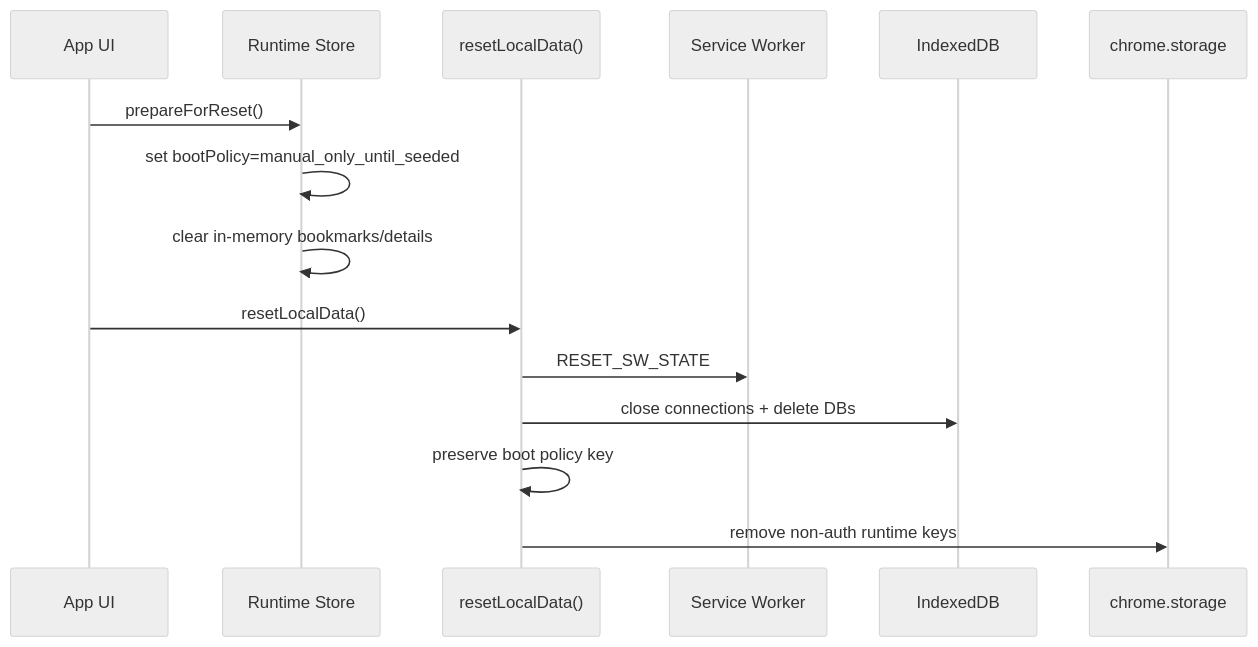
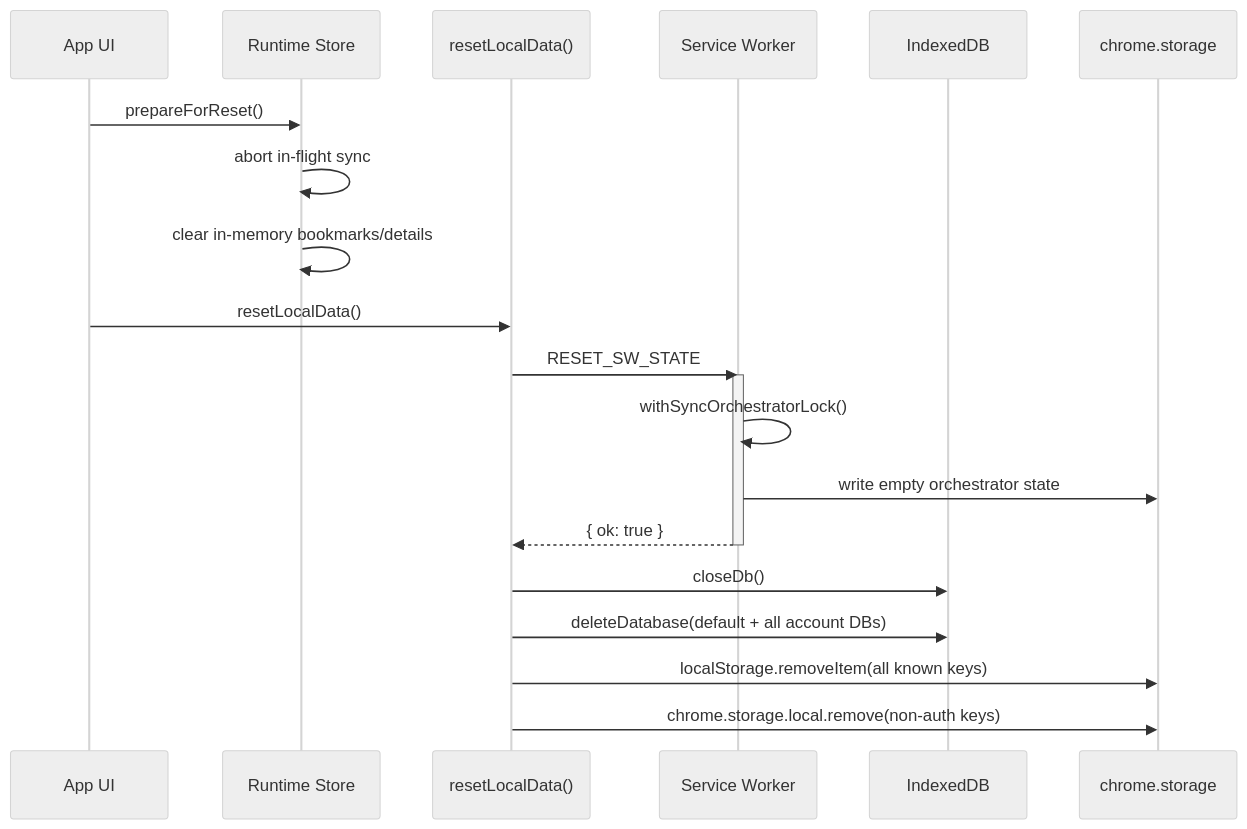
Diagram 15 of 15 in ARCHITECTURE.md (nnnkit/totem), drawn with Mermaid (neutral theme) before and after one commit. The commit also changed other lines of this file and 2 other files, not shown here.

Commit message:
docs: refresh architecture doc for post-refactor state; add visual diagrams

````diff
--- a/ARCHITECTURE.md
+++ b/ARCHITECTURE.md
@@ -417,17 +537,24 @@
 ```mermaid
 sequenceDiagram
   participant UI as App UI
   participant Store as Runtime Store
   participant Reset as resetLocalData()
   participant SW as Service Worker
   participant DB as IndexedDB
+  participant CS as chrome.storage
 
   UI->>Store: prepareForReset()
-  Store->>Store: set bootPolicy=manual_only_until_seeded
+  Store->>Store: abort in-flight sync
   Store->>Store: clear in-memory bookmarks/details
   UI->>Reset: resetLocalData()
   Reset->>SW: RESET_SW_STATE
-  Reset->>DB: close connections + delete DBs
-  Reset->>Reset: preserve boot policy key
-  Reset->>chrome.storage: remove non-auth runtime keys
+  activate SW
+  SW->>SW: withSyncOrchestratorLock()
+  SW->>CS: write empty orchestrator state
+  SW-->>Reset: { ok: true }
+  deactivate SW
+  Reset->>DB: closeDb()
+  Reset->>DB: deleteDatabase(default + all account DBs)
+  Reset->>CS: localStorage.removeItem(all known keys)
+  Reset->>CS: chrome.storage.local.remove(non-auth keys)
 ```
````
